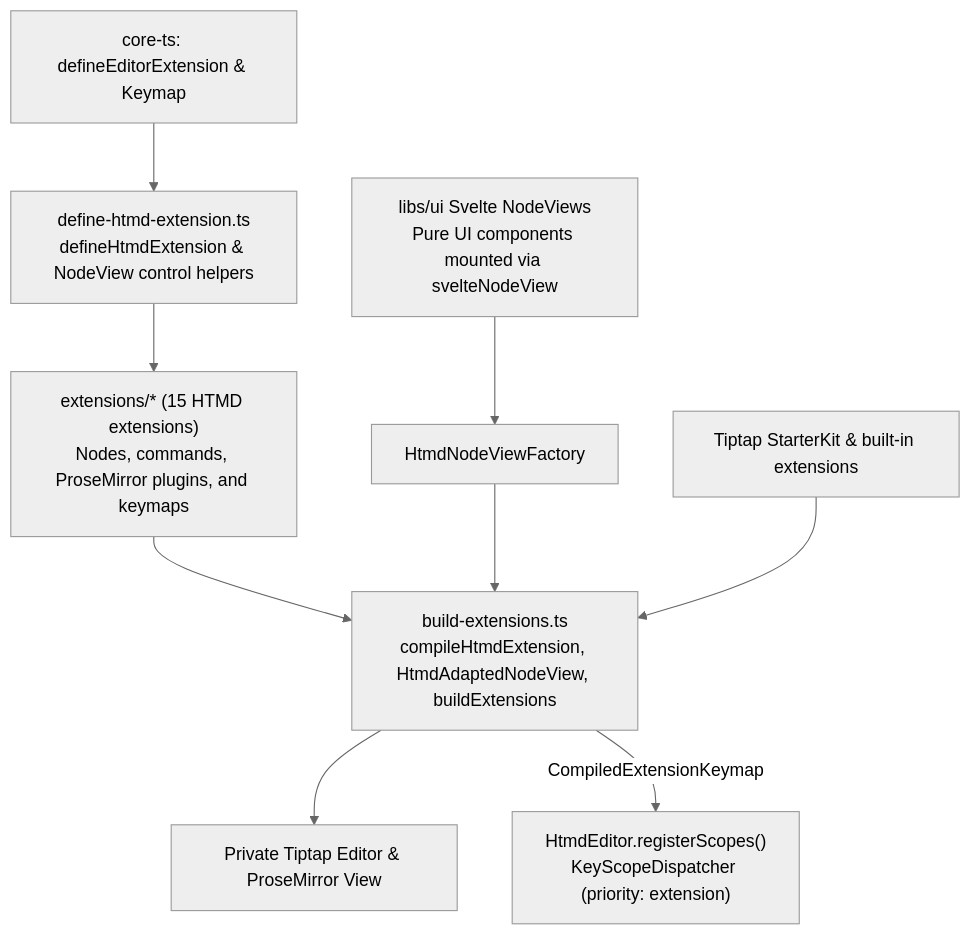
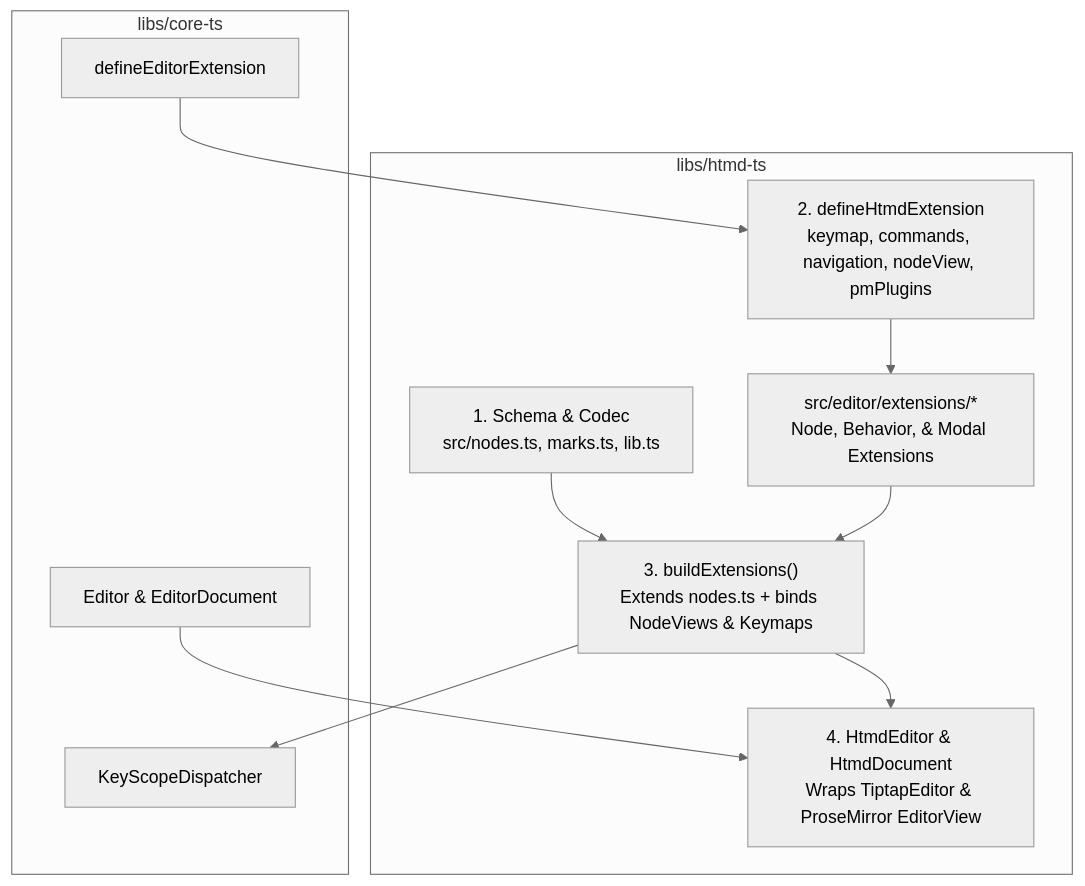
One commit to hypertextual/hypertextual changed the third of 7 diagrams in docs/architecture/htmd-ts/editor-extensions.md. Above: the diagram before and after it, drawn with Mermaid (neutral theme). The commit also changed other lines of this file and 44 other files, not shown here.

Commit message:
refactor(htmd-ts,ui): unify extension navigation, keymap inheritance, and Svelte NodeViews

````diff
--- a/docs/architecture/htmd-ts/editor-extensions.md
+++ b/docs/architecture/htmd-ts/editor-extensions.md
@@ -28,11 +159,21 @@
 ```mermaid
 flowchart TD
-    CoreTS["core-ts: defineEditorExtension & Keymap"] --> Def["define-htmd-extension.ts<br/>defineHtmdExtension & NodeView control helpers"]
-    Def --> Exts["extensions/* (15 HTMD extensions)<br/>Nodes, commands, ProseMirror plugins, and keymaps"]
-    UI["libs/ui Svelte NodeViews<br/>Pure UI components mounted via svelteNodeView"] --> NV["HtmdNodeViewFactory"]
-    Exts --> Compiler["build-extensions.ts<br/>compileHtmdExtension, HtmdAdaptedNodeView, buildExtensions"]
-    NV --> Compiler
-    SK["Tiptap StarterKit & built-in extensions"] --> Compiler
-    Compiler --> Tiptap["Private Tiptap Editor & ProseMirror View"]
-    Compiler -->|"CompiledExtensionKeymap"| Host["HtmdEditor.registerScopes()<br/>KeyScopeDispatcher (priority: extension)"]
+    subgraph CoreTS["libs/core-ts"]
+        EditorContract["Editor & EditorDocument"]
+        ExtContract["defineEditorExtension"]
+        KeyScope["KeyScopeDispatcher"]
+    end
+
+    subgraph HtmdTS["libs/htmd-ts"]
+        NodesMarks["1. Schema & Codec<br/>src/nodes.ts, marks.ts, lib.ts"]
+        DefineExt["2. defineHtmdExtension<br/>keymap, commands, navigation, nodeView, pmPlugins"]
+        Exts["src/editor/extensions/*<br/>Node, Behavior, & Modal Extensions"]
+        BuildExts["3. buildExtensions()<br/>Extends nodes.ts + binds NodeViews & Keymaps"]
+        Controller["4. HtmdEditor & HtmdDocument<br/>Wraps TiptapEditor & ProseMirror EditorView"]
+    end
+
+    ExtContract --> DefineExt --> Exts
+    NodesMarks & Exts --> BuildExts
+    EditorContract & BuildExts --> Controller
+    BuildExts --> KeyScope
 ```
````
